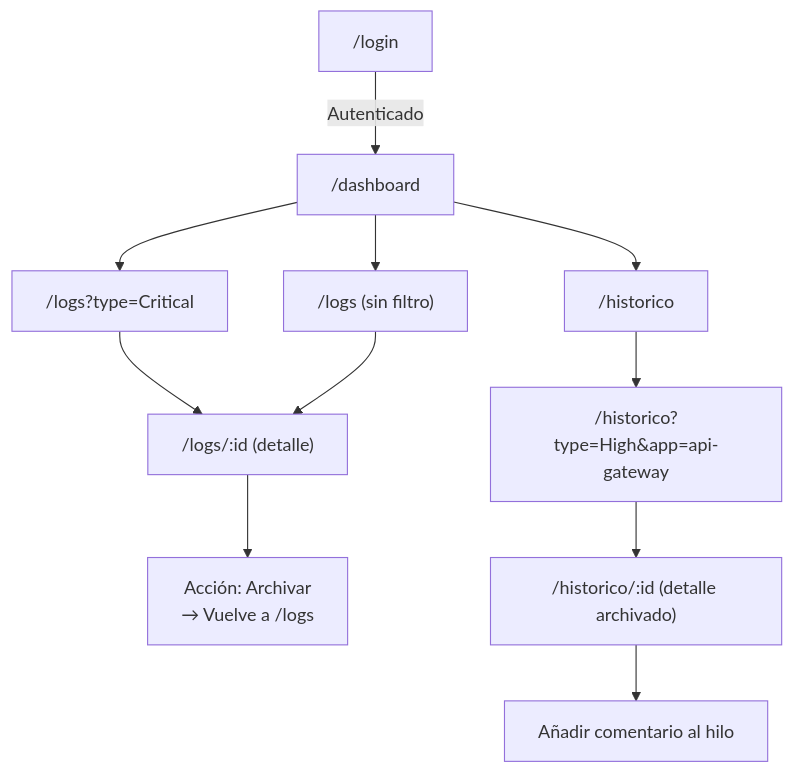
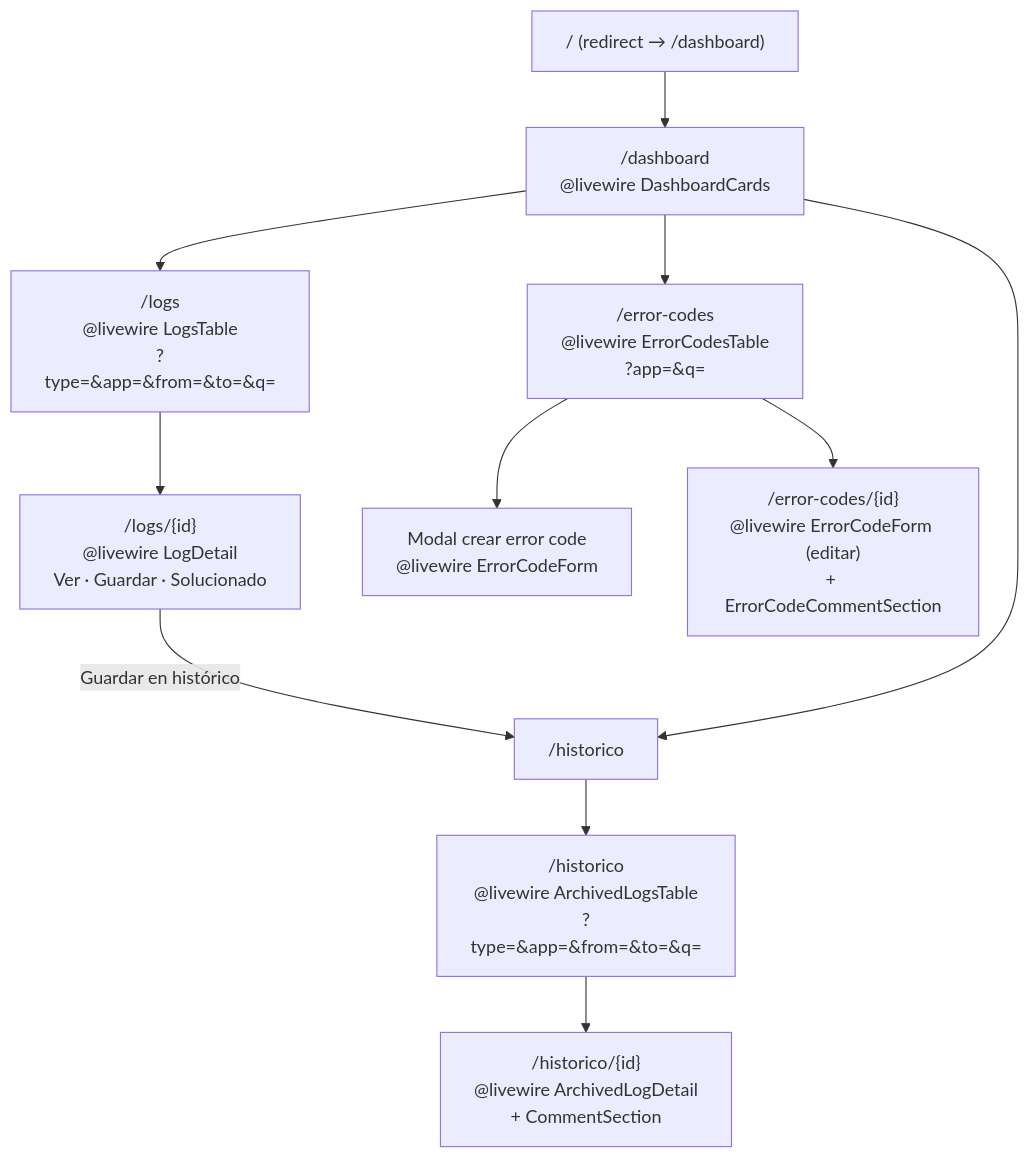
The seventh of 7 diagrams in docs/src/3_c4_diagrams.md (Maya-AQSS/log-management-dashboard), drawn with Mermaid before and after one commit. The commit also changed other lines of this file and 48 other files, not shown here.

````diff
--- a/docs/src/3_c4_diagrams.md
+++ b/docs/src/3_c4_diagrams.md
@@ -232,13 +319,13 @@
 ```mermaid
 graph TD
-    A["/login"] -->|Autenticado| B["/dashboard"]
-    B --> C["/logs?type=Critical"]
-    B --> D["/logs (sin filtro)"]
-    C --> E["/logs/:id (detalle)"]
-    D --> E
-    E --> F["Acción: Archivar\n→ Vuelve a /logs"]
-    B --> G["/historico"]
-    G --> H["/historico?type=High&app=api-gateway"]
-    H --> I["/historico/:id (detalle archivado)"]
-    I --> J["Añadir comentario al hilo"]
+    A["/ (redirect → /dashboard)"] --> B["/dashboard\n@livewire DashboardCards"]
+    B --> C["/logs\n@livewire LogsTable\n?type=&app=&from=&to=&q="]
+    C --> D["/logs/{id}\n@livewire LogDetail\nVer · Guardar · Solucionado"]
+    D -->|"Guardar en histórico"| E["/historico"]
+    B --> E
+    E --> F["/historico\n@livewire ArchivedLogsTable\n?type=&app=&from=&to=&q="]
+    F --> G["/historico/{id}\n@livewire ArchivedLogDetail\n+ CommentSection"]
+    B --> H["/error-codes\n@livewire ErrorCodesTable\n?app=&q="]
+    H --> I["Modal crear error code\n@livewire ErrorCodeForm"]
+    H --> J["/error-codes/{id}\n@livewire ErrorCodeForm (editar)\n+ ErrorCodeCommentSection"]
 ```
````
